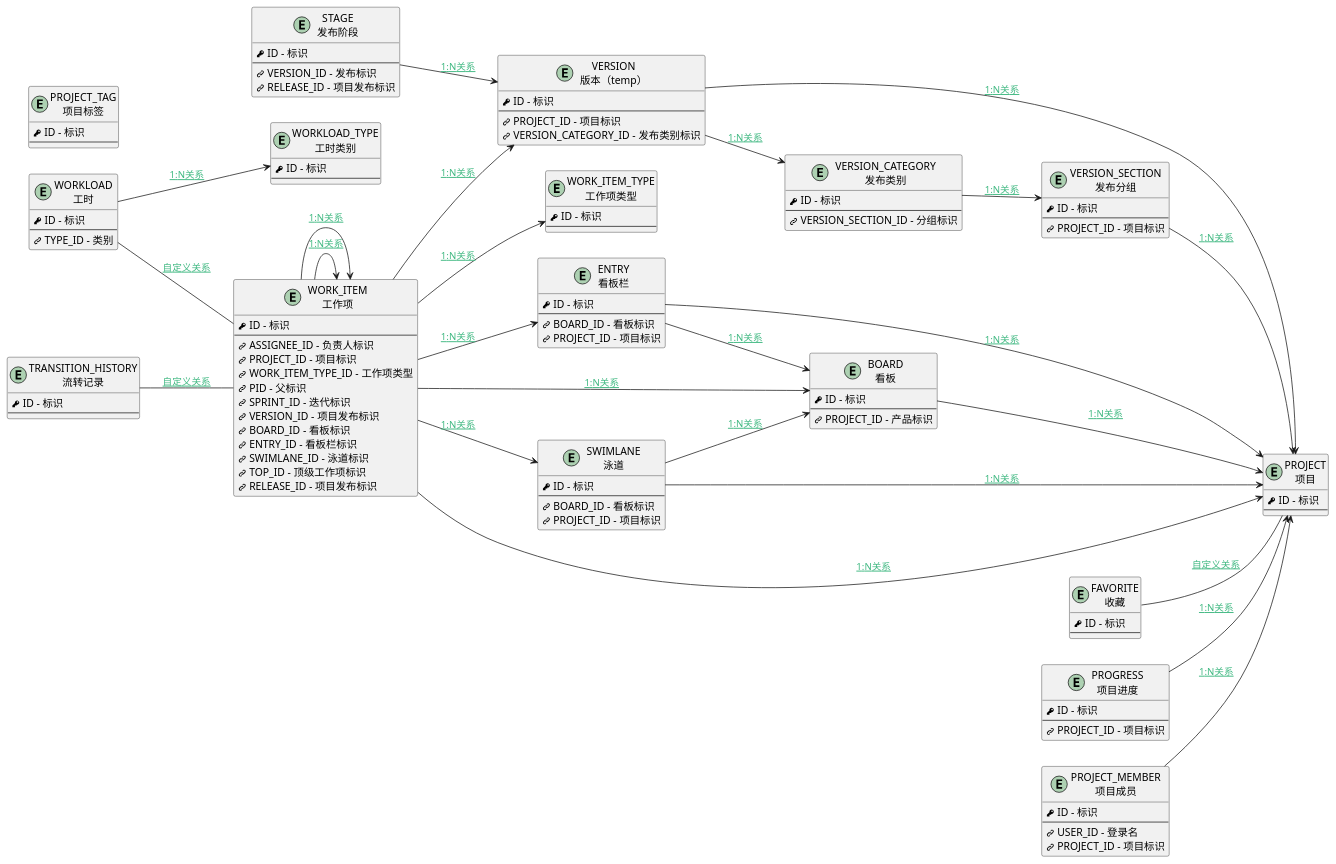
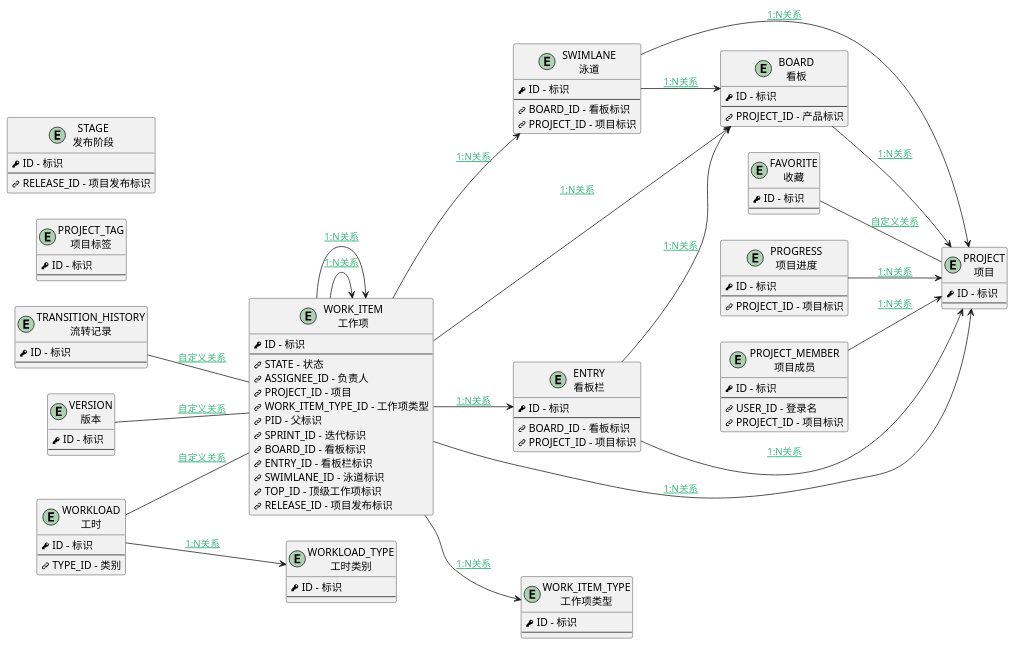
The diagram in doc/docsify/er/projmgmt_kanban.md (iBizLab/plm), drawn with PlantUML before and after one commit. The commit also changed other lines of this file and 6272 other files, not shown here.

```diff
--- a/doc/docsify/er/projmgmt_kanban.md
+++ b/doc/docsify/er/projmgmt_kanban.md
@@ -11,97 +10,84 @@
 </style>
 left to right direction
 
-entity "BOARD\n看板" as BOARD [[$../module/ProjMgmt/Board {看板}]] {
+entity "BOARD\n看板" as BOARD [[$../module/ProjMgmt/board {看板}]] {
         <&key> ID - 标识
         --
         <&link-intact> PROJECT_ID - 产品标识
 }
-entity "ENTRY\n看板栏" as ENTRY [[$../module/ProjMgmt/Entry {看板栏}]] {
+entity "ENTRY\n看板栏" as ENTRY [[$../module/ProjMgmt/entry {看板栏}]] {
         <&key> ID - 标识
         --
         <&link-intact> BOARD_ID - 看板标识
         <&link-intact> PROJECT_ID - 项目标识
 }
-entity "FAVORITE\n收藏" as FAVORITE [[$../module/Base/Favorite {收藏}]] {
+entity "FAVORITE\n收藏" as FAVORITE [[$../module/Base/favorite {收藏}]] {
         <&key> ID - 标识
         --
 }
-entity "PROGRESS\n项目进度" as PROGRESS [[$../module/ProjMgmt/Progress {项目进度}]] {
+entity "PROGRESS\n项目进度" as PROGRESS [[$../module/ProjMgmt/progress {项目进度}]] {
         <&key> ID - 标识
         --
         <&link-intact> PROJECT_ID - 项目标识
 }
-entity "PROJECT\n项目" as PROJECT [[$../module/ProjMgmt/Project {项目}]] {
+entity "PROJECT\n项目" as PROJECT [[$../module/ProjMgmt/project {项目}]] {
         <&key> ID - 标识
         --
 }
-entity "PROJECT_MEMBER\n项目成员" as PROJECT_MEMBER [[$../module/ProjMgmt/Project_member {项目成员}]] {
+entity "PROJECT_MEMBER\n项目成员" as PROJECT_MEMBER [[$../module/ProjMgmt/project_member {项目成员}]] {
         <&key> ID - 标识
         --
         <&link-intact> USER_ID - 登录名
         <&link-intact> PROJECT_ID - 项目标识
 }
-entity "PROJECT_TAG\n项目标签" as PROJECT_TAG [[$../module/ProjMgmt/Project_tag {项目标签}]] {
+entity "PROJECT_TAG\n项目标签" as PROJECT_TAG [[$../module/ProjMgmt/project_tag {项目标签}]] {
         <&key> ID - 标识
         --
 }
-entity "STAGE\n发布阶段" as STAGE [[$../module/ProjMgmt/Stage {发布阶段}]] {
+entity "STAGE\n发布阶段" as STAGE [[$../module/ProjMgmt/stage {发布阶段}]] {
         <&key> ID - 标识
         --
-        <&link-intact> VERSION_ID - 发布标识
         <&link-intact> RELEASE_ID - 项目发布标识
 }
-entity "SWIMLANE\n泳道" as SWIMLANE [[$../module/ProjMgmt/Swimlane {泳道}]] {
+entity "SWIMLANE\n泳道" as SWIMLANE [[$../module/ProjMgmt/swimlane {泳道}]] {
         <&key> ID - 标识
         --
         <&link-intact> BOARD_ID - 看板标识
         <&link-intact> PROJECT_ID - 项目标识
 }
-entity "TRANSITION_HISTORY\n流转记录" as TRANSITION_HISTORY [[$../module/ProjMgmt/Transition_history {流转记录}]] {
+entity "TRANSITION_HISTORY\n流转记录" as TRANSITION_HISTORY [[$../module/ProjMgmt/transition_history {流转记录}]] {
         <&key> ID - 标识
         --
 }
-entity "VERSION\n版本（temp）" as VERSION [[$../module/ProjMgmt/Version {版本（temp）}]] {
+entity "VERSION\n版本" as VERSION [[$../module/Base/version {版本}]] {
         <&key> ID - 标识
         --
-        <&link-intact> PROJECT_ID - 项目标识
-        <&link-intact> VERSION_CATEGORY_ID - 发布类别标识
 }
-entity "VERSION_CATEGORY\n发布类别" as VERSION_CATEGORY [[$../module/ProjMgmt/Version_category {发布类别}]] {
-        <&key> ID - 标识
-        --
-        <&link-intact> VERSION_SECTION_ID - 分组标识
-}
-entity "VERSION_SECTION\n发布分组" as VERSION_SECTION [[$../module/ProjMgmt/Version_section {发布分组}]] {
-        <&key> ID - 标识
-        --
-        <&link-intact> PROJECT_ID - 项目标识
-}
-entity "WORKLOAD\n工时" as WORKLOAD [[$../module/Base/Workload {工时}]] {
+entity "WORKLOAD\n工时" as WORKLOAD [[$../module/Base/workload {工时}]] {
         <&key> ID - 标识
         --
         <&link-intact> TYPE_ID - 类别
 }
-entity "WORKLOAD_TYPE\n工时类别" as WORKLOAD_TYPE [[$../module/Base/Workload_type {工时类别}]] {
+entity "WORKLOAD_TYPE\n工时类别" as WORKLOAD_TYPE [[$../module/Base/workload_type {工时类别}]] {
         <&key> ID - 标识
         --
 }
-entity "WORK_ITEM\n工作项" as WORK_ITEM [[$../module/ProjMgmt/Work_item {工作项}]] {
+entity "WORK_ITEM\n工作项" as WORK_ITEM [[$../module/ProjMgmt/work_item {工作项}]] {
         <&key> ID - 标识
         --
-        <&link-intact> ASSIGNEE_ID - 负责人标识
-        <&link-intact> PROJECT_ID - 项目标识
+        <&link-intact> STATE - 状态
+        <&link-intact> ASSIGNEE_ID - 负责人
+        <&link-intact> PROJECT_ID - 项目
         <&link-intact> WORK_ITEM_TYPE_ID - 工作项类型
         <&link-intact> PID - 父标识
         <&link-intact> SPRINT_ID - 迭代标识
-        <&link-intact> VERSION_ID - 项目发布标识
         <&link-intact> BOARD_ID - 看板标识
         <&link-intact> ENTRY_ID - 看板栏标识
         <&link-intact> SWIMLANE_ID - 泳道标识
         <&link-intact> TOP_ID - 顶级工作项标识
         <&link-intact> RELEASE_ID - 项目发布标识
 }
-entity "WORK_ITEM_TYPE\n工作项类型" as WORK_ITEM_TYPE [[$../module/ProjMgmt/Work_item_type {工作项类型}]] {
+entity "WORK_ITEM_TYPE\n工作项类型" as WORK_ITEM_TYPE [[$../module/ProjMgmt/work_item_type {工作项类型}]] {
         <&key> ID - 标识
         --
 }
@@ -115,19 +101,14 @@
 PROGRESS--> PROJECT : [[$../der/DER1N_PROGRESS_PROJECT_PROJECT_ID{DER1N_PROGRESS_PROJECT_PROJECT_ID} 1:N关系]]
 PROJECT_MEMBER--> PROJECT : [[$../der/DER1N_PROJECT_MEMBER_PROJECT_PROJECT_ID{DER1N_PROJECT_MEMBER_PROJECT_PROJECT_ID} 1:N关系]]
 SWIMLANE--> PROJECT : [[$../der/DER1N_SWIMLANE_PROJECT_PROJECT_ID{DER1N_SWIMLANE_PROJECT_PROJECT_ID} 1:N关系]]
-VERSION--> PROJECT : [[$../der/DER1N_VERSION_PROJECT_PROJECT_ID{DER1N_VERSION_PROJECT_PROJECT_ID} 1:N关系]]
-VERSION_SECTION--> PROJECT : [[$../der/DER1N_VERSION_SECTION_PROJECT_PROJECT_ID{DER1N_VERSION_SECTION_PROJECT_PROJECT_ID} 1:N关系]]
 WORK_ITEM--> PROJECT : [[$../der/DER1N_WORK_ITEM_PROJECT_PROJECT_ID{DER1N_WORK_ITEM_PROJECT_PROJECT_ID} 1:N关系]]
 FAVORITE-- PROJECT : [[$../der/DERCCUSTOM_FAVORITE_PROJECT{DERCCUSTOM_FAVORITE_PROJECT} 自定义关系]]
 WORK_ITEM--> SWIMLANE : [[$../der/DER1N_WORK_ITEM_SWIMLANE_SWIMLANE_ID{DER1N_WORK_ITEM_SWIMLANE_SWIMLANE_ID} 1:N关系]]
-STAGE--> VERSION : [[$../der/DER1N_STAGE_VERSION_VERSION_ID{DER1N_STAGE_VERSION_VERSION_ID} 1:N关系]]
-WORK_ITEM--> VERSION : [[$../der/DER1N_WORK_ITEM_VERSION_VERSION_ID{DER1N_WORK_ITEM_VERSION_VERSION_ID} 1:N关系]]
-VERSION--> VERSION_CATEGORY : [[$../der/DER1N_VERSION_VERSION_CATEGORY_VERSION_CATEGORY_ID{DER1N_VERSION_VERSION_CATEGORY_VERSION_CATEGORY_ID} 1:N关系]]
-VERSION_CATEGORY--> VERSION_SECTION : [[$../der/DER1N_VERSION_CATEGORY_VERSION_SECTION_VERSION_SECTION_ID{DER1N_VERSION_CATEGORY_VERSION_SECTION_VERSION_SECTION_ID} 1:N关系]]
 WORKLOAD--> WORKLOAD_TYPE : [[$../der/DER1N_WORKLOAD_WORKLOAD_TYPE_TYPE_ID{DER1N_WORKLOAD_WORKLOAD_TYPE_TYPE_ID} 1:N关系]]
 WORK_ITEM--> WORK_ITEM : [[$../der/DER1N_WORK_ITEM_WORK_ITEM_PID{DER1N_WORK_ITEM_WORK_ITEM_PID} 1:N关系]]
 WORK_ITEM--> WORK_ITEM : [[$../der/DER1N_WORK_ITEM_WORK_ITEM_TOP_ID{DER1N_WORK_ITEM_WORK_ITEM_TOP_ID} 1:N关系]]
 TRANSITION_HISTORY-- WORK_ITEM : [[$../der/DERCUSTOM_TRANSITION_HISTORY_WORK_ITEM{DERCUSTOM_TRANSITION_HISTORY_WORK_ITEM} 自定义关系]]
+VERSION-- WORK_ITEM : [[$../der/DERCUSTOM_VERSION_WORK_ITEM{DERCUSTOM_VERSION_WORK_ITEM} 自定义关系]]
 WORKLOAD-- WORK_ITEM : [[$../der/DERCUSTOM_WORK_ITEM_WORKLOAD{DERCUSTOM_WORK_ITEM_WORKLOAD} 自定义关系]]
 WORK_ITEM--> WORK_ITEM_TYPE : [[$../der/DER1N_WORK_ITEM_WORK_ITEM_TYPE_WORK_ITEM_TYPE_ID{DER1N_WORK_ITEM_WORK_ITEM_TYPE_WORK_ITEM_TYPE_ID} 1:N关系]]
 
```
